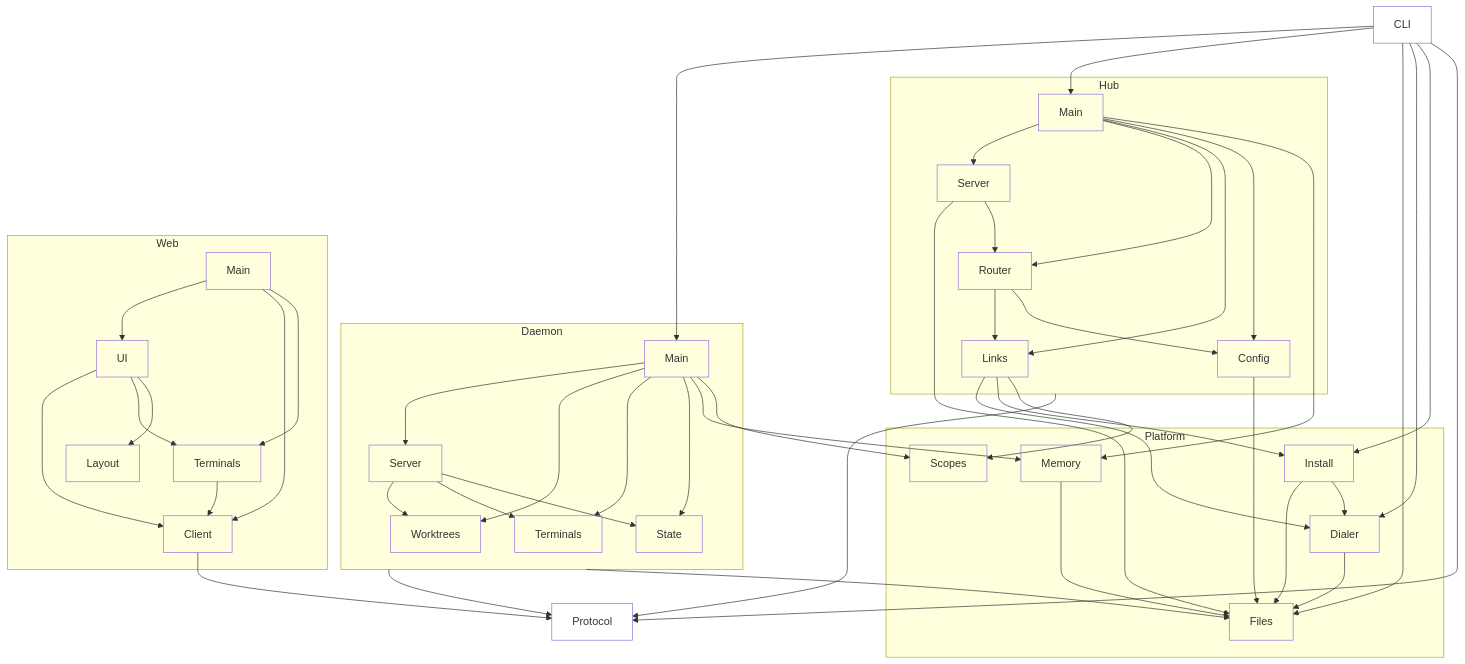
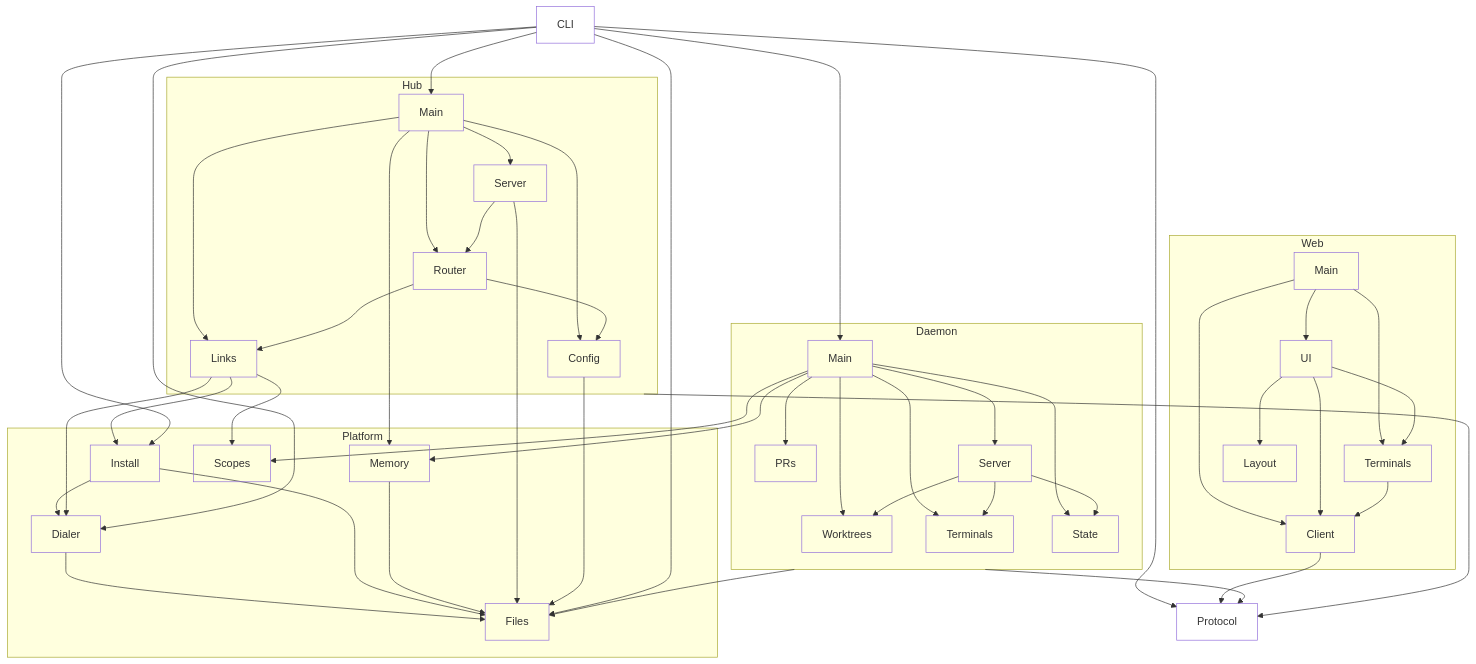
The diagram in architecture/system.arc42.md (MotleyAI/worktree-term), drawn with Mermaid before and after one commit. The commit also changed 34 other files, not shown here.

````diff
--- a/architecture/system.arc42.md
+++ b/architecture/system.arc42.md
@@ -12,79 +12,81 @@
 ```mermaid
 flowchart TD
   %% system: worktree-term
   protocol["Protocol"]
   subgraph platform["Platform"]
     platform__files["Files"]
     platform__dialer["Dialer"]
     platform__install["Install"]
     platform__memory["Memory"]
     platform__scopes["Scopes"]
   end
   subgraph daemon["Daemon"]
     daemon__worktrees["Worktrees"]
     daemon__terminals["Terminals"]
     daemon__state["State"]
+    daemon__prs["PRs"]
     daemon__server["Server"]
     daemon__main["Main"]
   end
   subgraph hub["Hub"]
     hub__server["Server"]
     hub__links["Links"]
     hub__config["Config"]
     hub__router["Router"]
     hub__main["Main"]
   end
   cli["CLI"]
   subgraph web["Web"]
     web__client["Client"]
     web__terminals["Terminals"]
     web__layout["Layout"]
     web__ui["UI"]
     web__main["Main"]
   end
   platform__dialer --> platform__files
   platform__install --> platform__files
   platform__install --> platform__dialer
   platform__memory --> platform__files
   daemon --> protocol
   daemon --> platform__files
   daemon__main --> daemon__server
   daemon__main --> daemon__worktrees
   daemon__main --> daemon__terminals
   daemon__main --> daemon__state
   daemon__main --> platform__memory
   daemon__main --> platform__scopes
   daemon__server --> daemon__worktrees
   daemon__server --> daemon__terminals
   daemon__server --> daemon__state
+  daemon__main --> daemon__prs
   hub --> protocol
   hub__server --> platform__files
   hub__config --> platform__files
   hub__links --> platform__dialer
   hub__links --> platform__install
   hub__links --> platform__scopes
   hub__main --> hub__server
   hub__main --> hub__router
   hub__main --> hub__links
   hub__main --> hub__config
   hub__main --> platform__memory
   hub__server --> hub__router
   hub__router --> hub__links
   hub__router --> hub__config
   cli --> daemon__main
   cli --> hub__main
   cli --> platform__files
   cli --> platform__dialer
   cli --> platform__install
   cli --> protocol
   web__client --> protocol
   web__main --> web__ui
   web__main --> web__client
   web__main --> web__terminals
   web__ui --> web__client
   web__ui --> web__terminals
   web__ui --> web__layout
   web__terminals --> web__client
   classDef leaf fill:none;
-  class protocol,platform__files,platform__dialer,platform__install,platform__memory,platform__scopes,daemon__worktrees,daemon__terminals,daemon__state,daemon__server,daemon__main,hub__server,hub__links,hub__config,hub__router,hub__main,cli,web__client,web__terminals,web__layout,web__ui,web__main leaf;
+  class protocol,platform__files,platform__dialer,platform__install,platform__memory,platform__scopes,daemon__worktrees,daemon__terminals,daemon__state,daemon__prs,daemon__server,daemon__main,hub__server,hub__links,hub__config,hub__router,hub__main,cli,web__client,web__terminals,web__layout,web__ui,web__main leaf;
 ```
````
